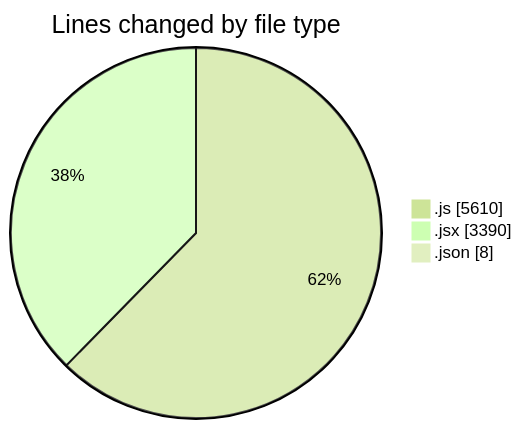
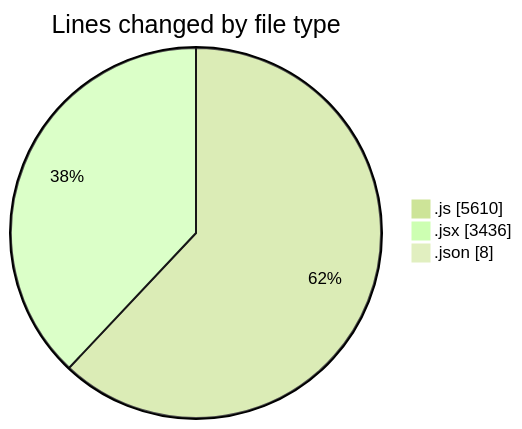
Before and after one commit to nxtqubesakshisongat/code-tracking: the first of 2 diagrams in 2025-07-23/nxtqube_webapp/README.md, drawn with Mermaid (forest theme). The commit also changed other lines of this file and 1 other file, not shown here.

````diff
--- a/2025-07-23/nxtqube_webapp/README.md
+++ b/2025-07-23/nxtqube_webapp/README.md
@@ -60,7 +60,7 @@
 ```mermaid
 pie showData
 title Lines changed by file type
 ".js" : 5610
-".jsx" : 3390
+".jsx" : 3436
 ".json" : 8
 ```
````
